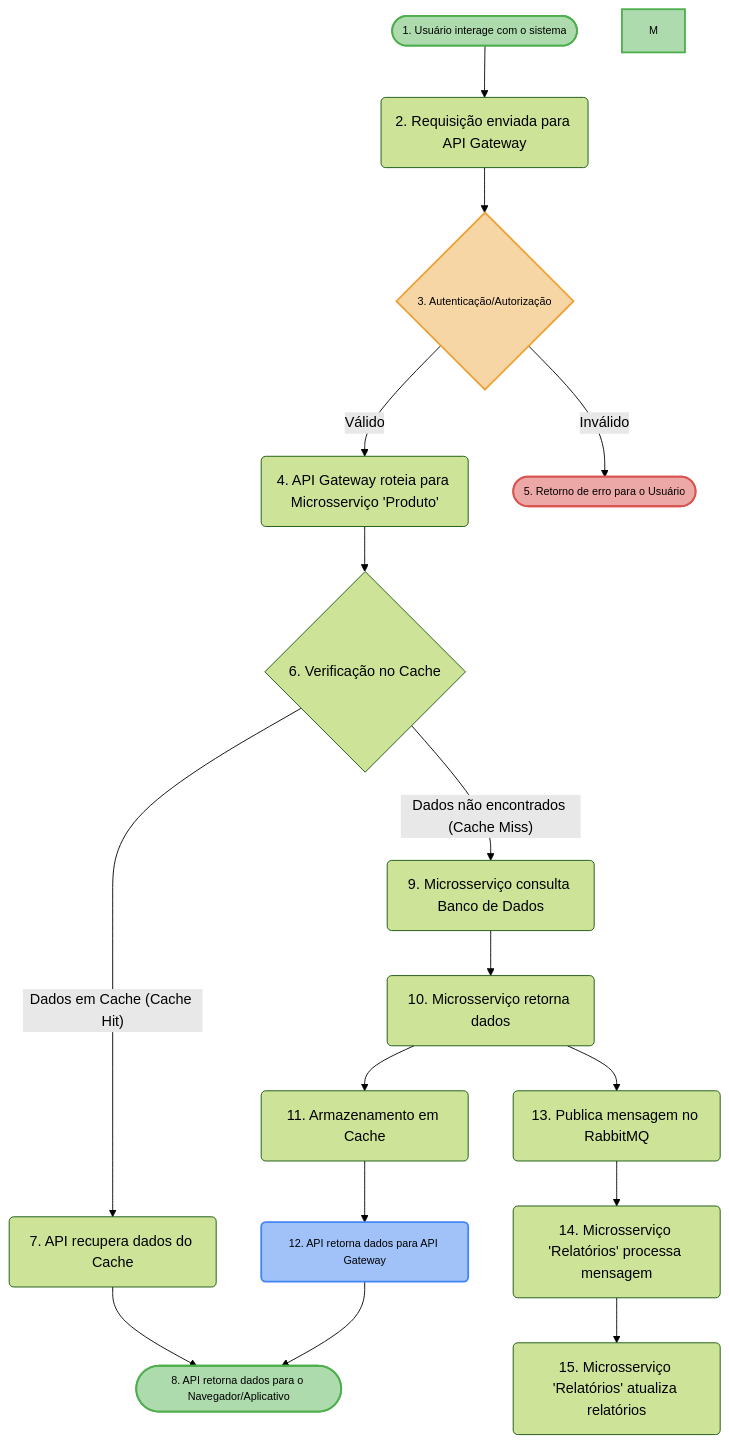
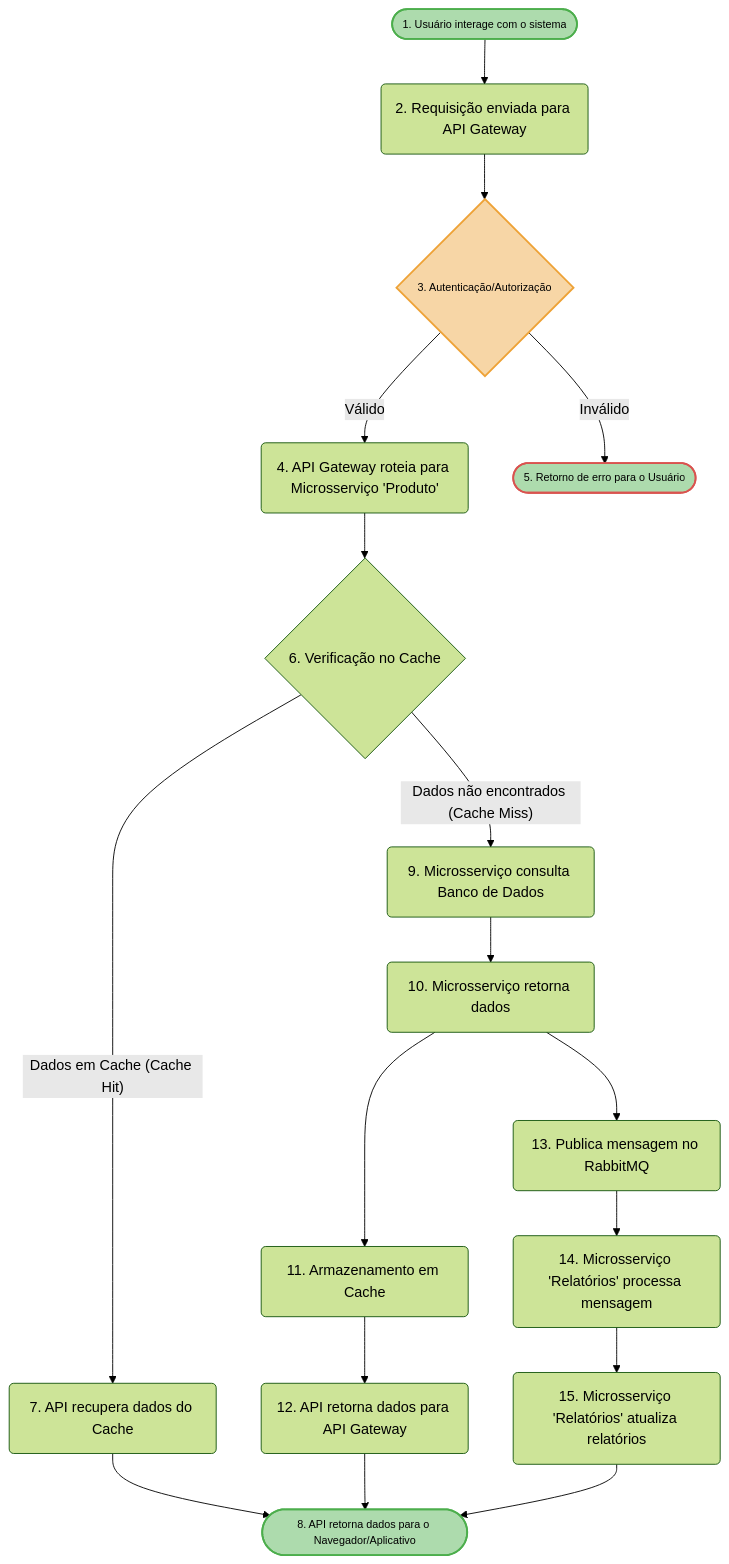
One commit to WallaceSousa88/LifeHacksCode changed the diagram in test/README.md. Above: the diagram before and after it, drawn with Mermaid (forest theme).

Commit message:
upd test

````diff
--- a/test/README.md
+++ b/test/README.md
@@ -2,25 +2,24 @@
 ```mermaid
 graph TD
     A([1. Usuário interage com o sistema]) --> B(2. Requisição enviada para API Gateway)
     B --> C{3. Autenticação/Autorização}
     C -- Válido --> D(4. API Gateway roteia para Microsserviço 'Produto')
     C -- Inválido --> E([5. Retorno de erro para o Usuário])
     D --> F{6. Verificação no Cache}
     F -- Dados em Cache (Cache Hit) --> G(7. API recupera dados do Cache)
     G --> H([8. API retorna dados para o Navegador/Aplicativo])
     F -- Dados não encontrados (Cache Miss) --> I(9. Microsserviço consulta Banco de Dados)
     I --> J(10. Microsserviço retorna dados)
     J --> K(11. Armazenamento em Cache)
     K --> L(12. API retorna dados para API Gateway)
     L --> H
     J --> N(13. Publica mensagem no RabbitMQ)
     N --> O(14. Microsserviço 'Relatórios' processa mensagem)
     O --> P(15. Microsserviço 'Relatórios' atualiza relatórios)
+    P --> H
 
     style A fill:#5cb85c80,stroke:#4cae4c,stroke-width:2px,text-align:center,font-size:12px
-    style M fill:#5cb85c80,stroke:#4cae4c,stroke-width:2px,text-align:center,font-size:12px
     style C fill:#f0ad4e80,stroke:#eea236,stroke-width:2px,text-align:center,font-size:12px
-    style E fill:#d9534f80,stroke:#d9534f,stroke-width:2px,text-align:center,font-size:12px 
+    style E fill:#5cb85c80,stroke:#d9534f,stroke-width:2px,text-align:center,font-size:12px
     style H fill:#5cb85c80,stroke:#4cae4c,stroke-width:2px,text-align:center,font-size:12px
-    style L fill:#4285f480,stroke:#4285f4,stroke-width:2px,text-align:center,font-size:12px
 ```
````
